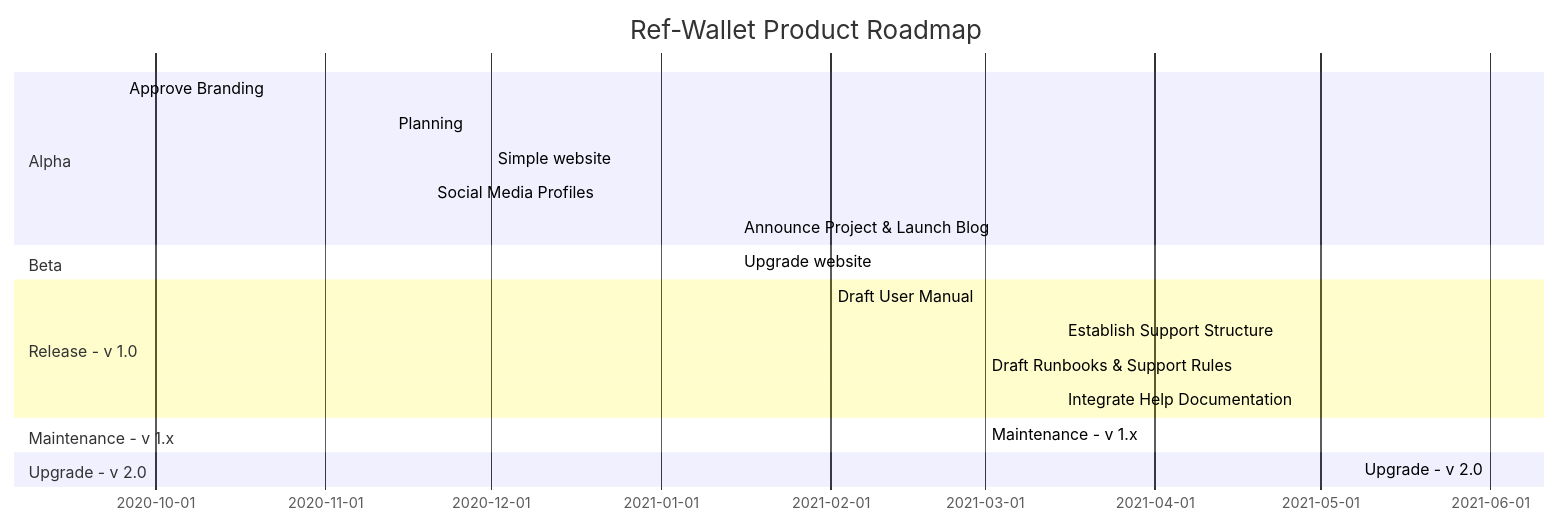
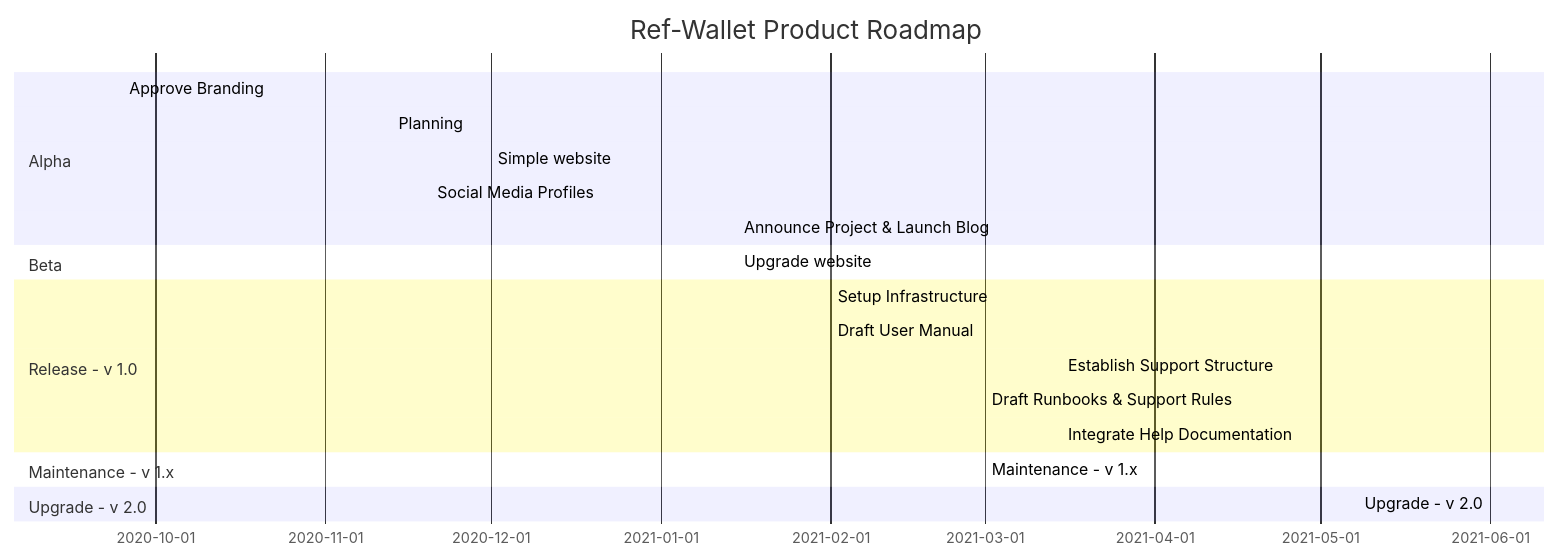
Before and after one commit to trilitech/umami-v1: the diagram in docs/operative/product_plan.md, drawn with Mermaid.

````diff
--- a/docs/operative/product_plan.md
+++ b/docs/operative/product_plan.md
@@ -40,21 +40,22 @@
 ```mermaid
 gantt
     title Ref-Wallet Product Roadmap
     section Alpha
     Approve Branding                                  :done  , 2020-09-25, 2021-01-13
     Planning                                          :done  , 2020-11-13, 2020-11-20
     Simple website                                    :done  , 2020-12-01, 2020-12-30
     Social Media Profiles                             :done  , 2020-11-20, 2020-11-30
     Announce Project & Launch Blog                    :done  , 2021-01-15, 2021-01-31
     section Beta
     Upgrade website                                   :done  , 2021-01-15, 2021-01-31
     section Release - v 1.0
+    Setup Infrastructure                              :active, 2021-02-01, 2021-03-15
     Draft User Manual                                 :active, 2021-02-01, 2021-04-01
     Establish Support Structure                       :active, 2021-03-15, 2021-03-31
     Draft Runbooks & Support Rules                    :active, 2021-03-01, 2021-03-30
     Integrate Help Documentation                      :active, 2021-03-15, 2021-03-30
     section Maintenance - v 1.x
     Maintenance - v 1.x                               :active, 2021-03-01, 2021-06-01
     section Upgrade - v 2.0
     Upgrade - v 2.0                                   :active, 2021-06-01, 2021-09-01
 ```
````
